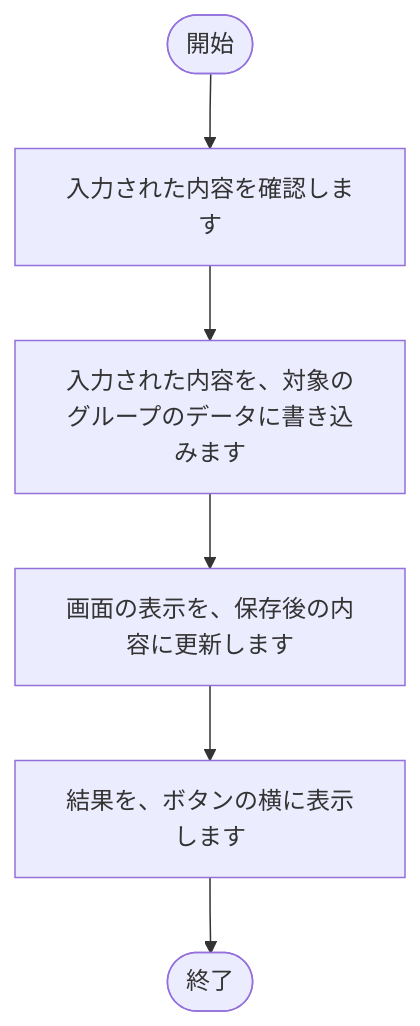
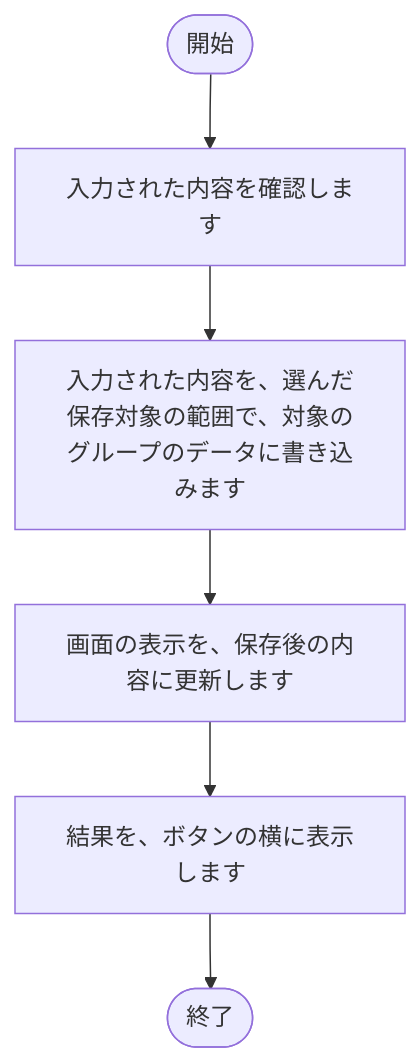
Before and after one commit to nishida2073/project_management: diagram 18 of 24 in tool/track-aggregator/doc/02_設計/処理フロー.md, drawn with Mermaid. The commit also changed other lines of this file and 16 other files, not shown here.

````diff
--- a/tool/track-aggregator/doc/02_設計/処理フロー.md
+++ b/tool/track-aggregator/doc/02_設計/処理フロー.md
@@ -398,14 +435,14 @@
 ```mermaid
 flowchart TD
     S(["開始"])
     E(["終了"])
     N1["入力された内容を確認します"]
     S --> N1
-    N2["入力された内容を、対象のグループのデータに書き込みます"]
+    N2["入力された内容を、選んだ保存対象の範囲で、対象のグループのデータに書き込みます"]
     N1 --> N2
     N3["画面の表示を、保存後の内容に更新します"]
     N2 --> N3
     N4["結果を、ボタンの横に表示します"]
     N3 --> N4
     N4 --> E
 ```
````
